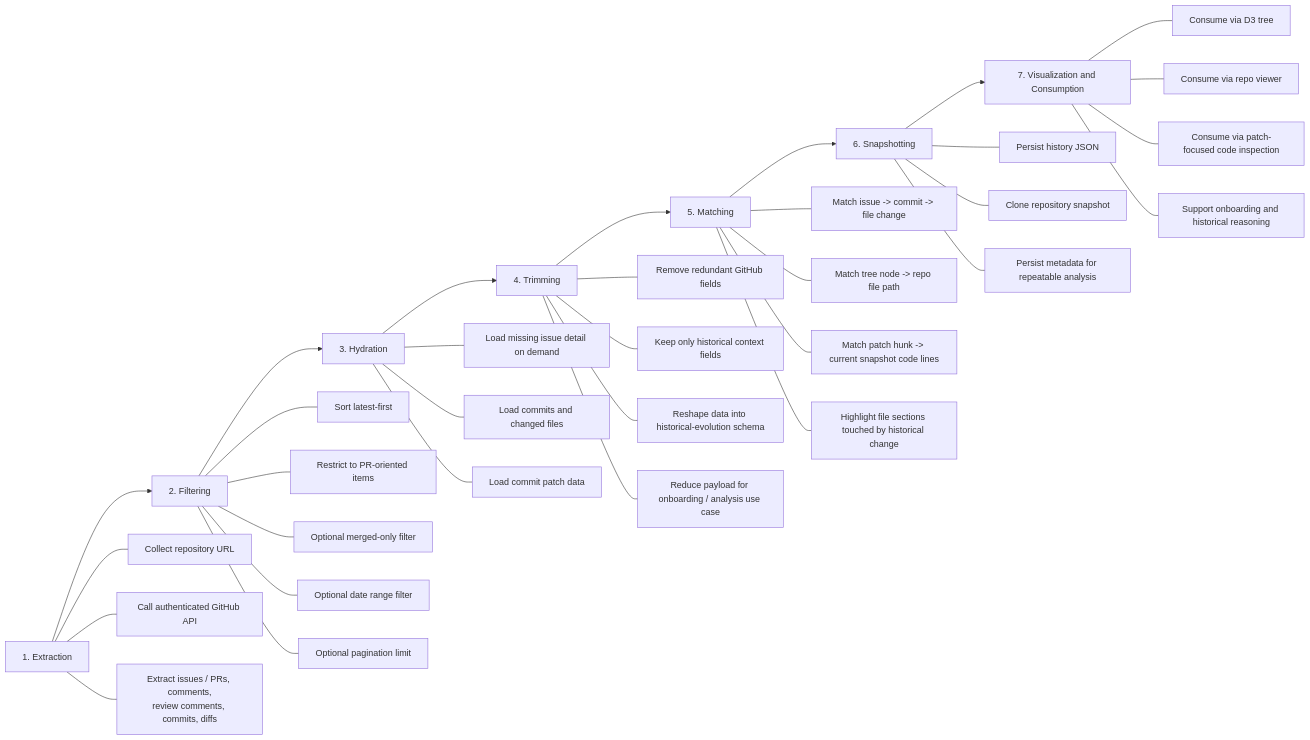
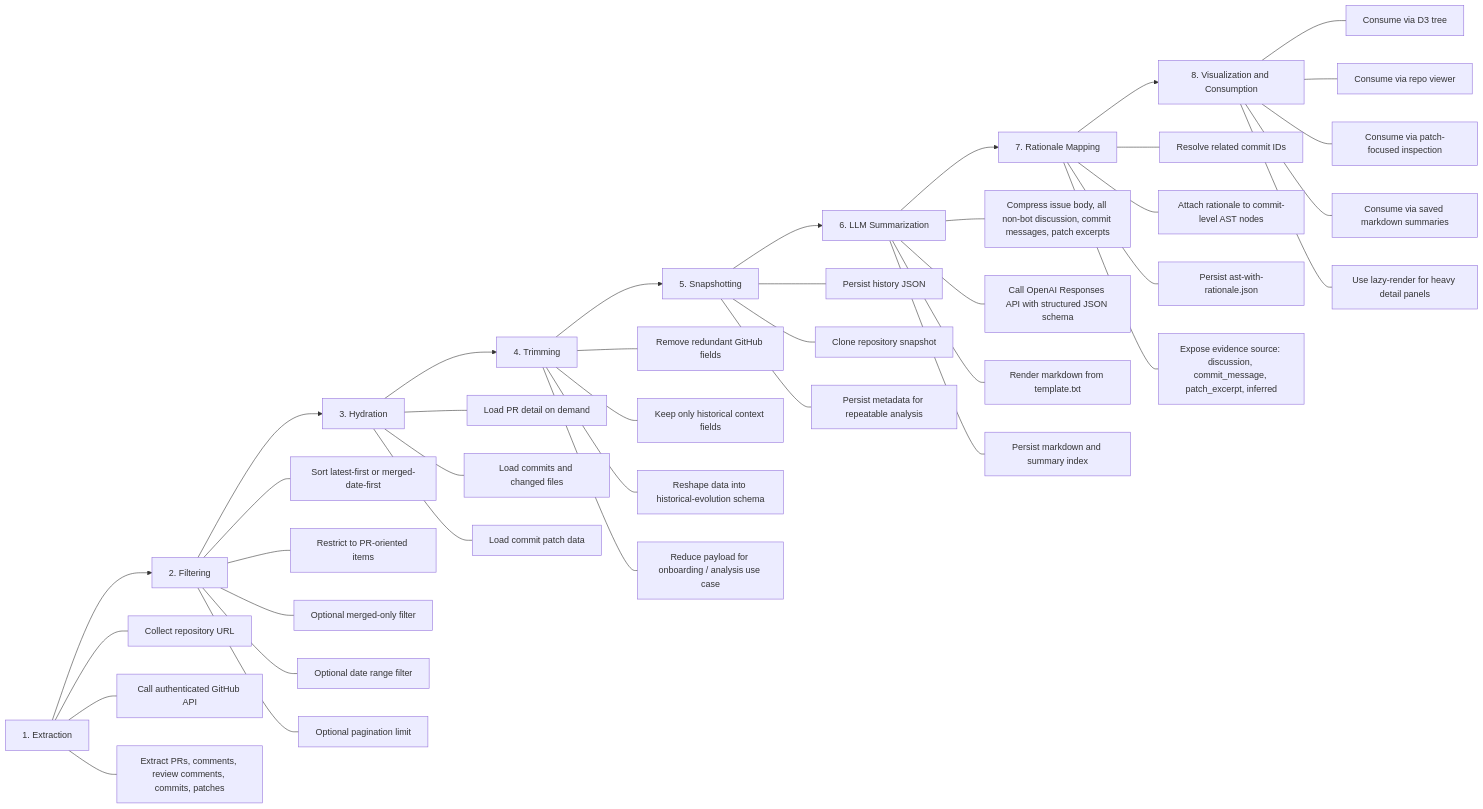
One commit to Viody75/Historical-Evo-Aware-Code-Documentation changed the second of 4 diagrams in docs/2026-05-04-architecture-methodology.md. Above: the diagram before and after it, drawn with Mermaid. The commit also changed other lines of this file and 18 other files, not shown here.

Commit message:
feat(history-viewer): add rationale-aware snapshot summaries

````diff
--- a/docs/2026-05-04-architecture-methodology.md
+++ b/docs/2026-05-04-architecture-methodology.md
@@ -93,42 +117,49 @@
 ```mermaid
 flowchart LR
     A[1. Extraction] --> B[2. Filtering]
     B --> C[3. Hydration]
     C --> D[4. Trimming]
-    D --> E[5. Matching]
-    E --> F[6. Snapshotting]
-    F --> G[7. Visualization and Consumption]
+    D --> E[5. Snapshotting]
+    E --> F[6. LLM Summarization]
+    F --> G[7. Rationale Mapping]
+    G --> H[8. Visualization and Consumption]
 
     A --- A1[Collect repository URL]
     A --- A2[Call authenticated GitHub API]
-    A --- A3[Extract issues / PRs, comments,<br/>review comments, commits, diffs]
+    A --- A3[Extract PRs, comments, review comments, commits, patches]
 
-    B --- B1[Sort latest-first]
+    B --- B1[Sort latest-first or merged-date-first]
     B --- B2[Restrict to PR-oriented items]
     B --- B3[Optional merged-only filter]
     B --- B4[Optional date range filter]
     B --- B5[Optional pagination limit]
 
-    C --- C1[Load missing issue detail on demand]
+    C --- C1[Load PR detail on demand]
     C --- C2[Load commits and changed files]
     C --- C3[Load commit patch data]
 
     D --- D1[Remove redundant GitHub fields]
     D --- D2[Keep only historical context fields]
     D --- D3[Reshape data into historical-evolution schema]
     D --- D4[Reduce payload for onboarding / analysis use case]
 
-    E --- E1[Match issue -> commit -> file change]
-    E --- E2[Match tree node -> repo file path]
-    E --- E3[Match patch hunk -> current snapshot code lines]
-    E --- E4[Highlight file sections touched by historical change]
+    E --- E1[Persist history JSON]
+    E --- E2[Clone repository snapshot]
+    E --- E3[Persist metadata for repeatable analysis]
 
-    F --- F1[Persist history JSON]
-    F --- F2[Clone repository snapshot]
-    F --- F3[Persist metadata for repeatable analysis]
+    F --- F1[Compress issue body, all non-bot discussion, commit messages, patch excerpts]
+    F --- F2[Call OpenAI Responses API with structured JSON schema]
+    F --- F3[Render markdown from template.txt]
+    F --- F4[Persist markdown and summary index]
 
-    G --- G1[Consume via D3 tree]
-    G --- G2[Consume via repo viewer]
-    G --- G3[Consume via patch-focused code inspection]
-    G --- G4[Support onboarding and historical reasoning]
+    G --- G1[Resolve related commit IDs]
+    G --- G2[Attach rationale to commit-level AST nodes]
+    G --- G3[Persist ast-with-rationale.json]
+    G --- G4[Expose evidence source: discussion, commit_message, patch_excerpt, inferred]
+
+    H --- H1[Consume via D3 tree]
+    H --- H2[Consume via repo viewer]
+    H --- H3[Consume via patch-focused inspection]
+    H --- H4[Consume via saved markdown summaries]
+    H --- H5[Use lazy-render for heavy detail panels]
 ```
````
